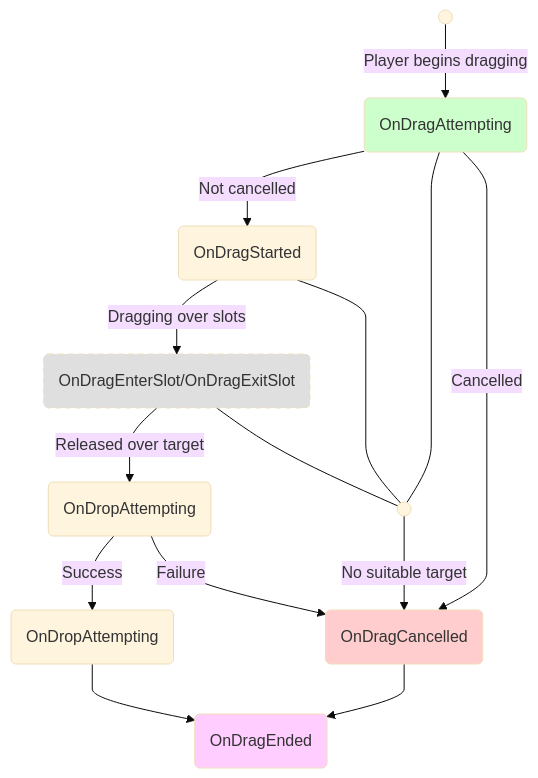
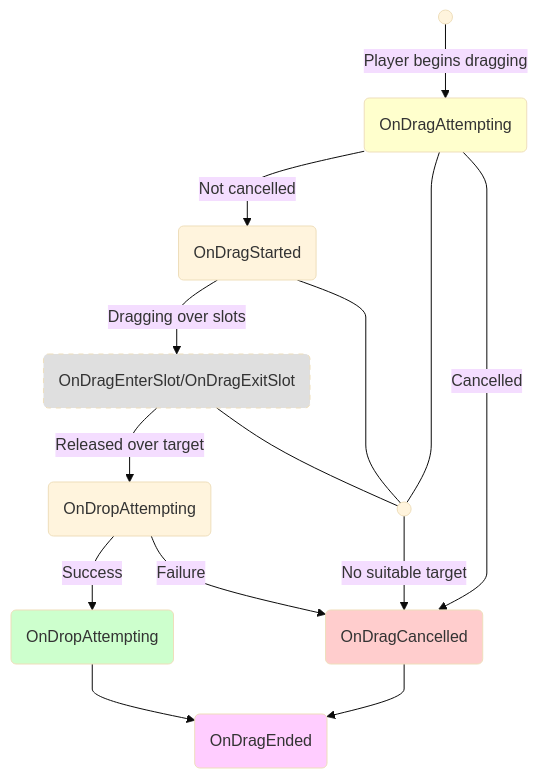
One commit to SergeevSergey99/DragAndDropSystem-Docs changed the first of 2 diagrams in .docs/content/reference/events.en.md. Above: the diagram before and after it, drawn with Mermaid (base theme). The commit also changed other lines of this file and 17 other files, not shown here.

````diff
--- a/.docs/content/reference/events.en.md
+++ b/.docs/content/reference/events.en.md
@@ -9,35 +9,36 @@
 ```mermaid
 ---
 config:
   flowchart:
     curve: monotoneY 
 ---
 flowchart TD
     StartPoint@{ shape: sm-circ, label: "Start" }
     NoTargetPoint@{ shape: sm-circ, label: "Start" }
     OnDragAttempting@{ shape: rounded, label: "OnDragAttempting" }
-    style OnDragAttempting fill:#4F44
+    style OnDragAttempting fill:#FF44
     OnDragStarted@{ shape: rounded, label: "OnDragStarted" }
     OnDragCancelled@{ shape: rounded, label: "OnDragCancelled" }
     style OnDragCancelled fill:#f444
     DragOver@{ shape: rounded, label: "OnDragEnterSlot/OnDragExitSlot" }
     style DragOver fill:#8884, stroke-dasharray: 5 5
     OnDropAttempting@{ shape: rounded, label: "OnDropAttempting" }
     OnDropCompleted@{ shape: rounded, label: "OnDropAttempting" }
+    style OnDropCompleted fill:#4F44
     OnDragEnded@{ shape: rounded, label: "OnDragEnded" }
     style OnDragEnded fill:#f4f4
 
     StartPoint --> |Player begins dragging|OnDragAttempting
     OnDragAttempting --> |Not cancelled| OnDragStarted
     NoTargetPoint --> |No suitable target| OnDragCancelled
     OnDragStarted --> |Dragging over slots| DragOver
     DragOver --> |Released over target| OnDropAttempting
     OnDragAttempting --- NoTargetPoint
     OnDragStarted --- NoTargetPoint
     DragOver --- NoTargetPoint
     OnDragAttempting --> |Cancelled| OnDragCancelled
     OnDropAttempting --> |Success| OnDropCompleted
     OnDropAttempting --> |Failure| OnDragCancelled
     OnDropCompleted --> OnDragEnded
     OnDragCancelled --> OnDragEnded    
 ```
````
